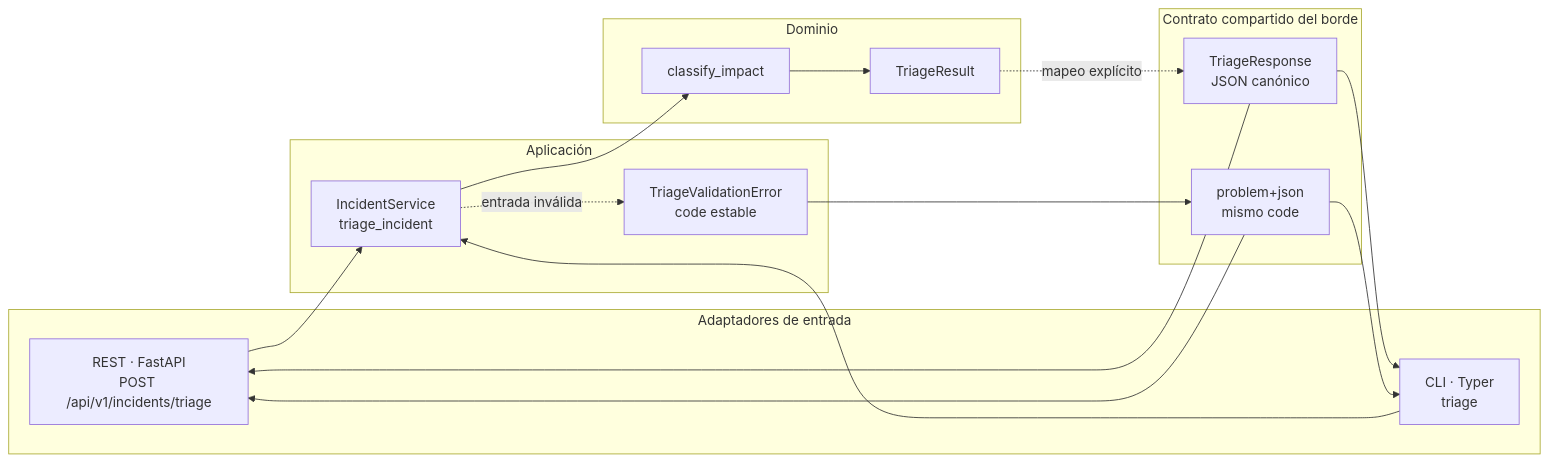
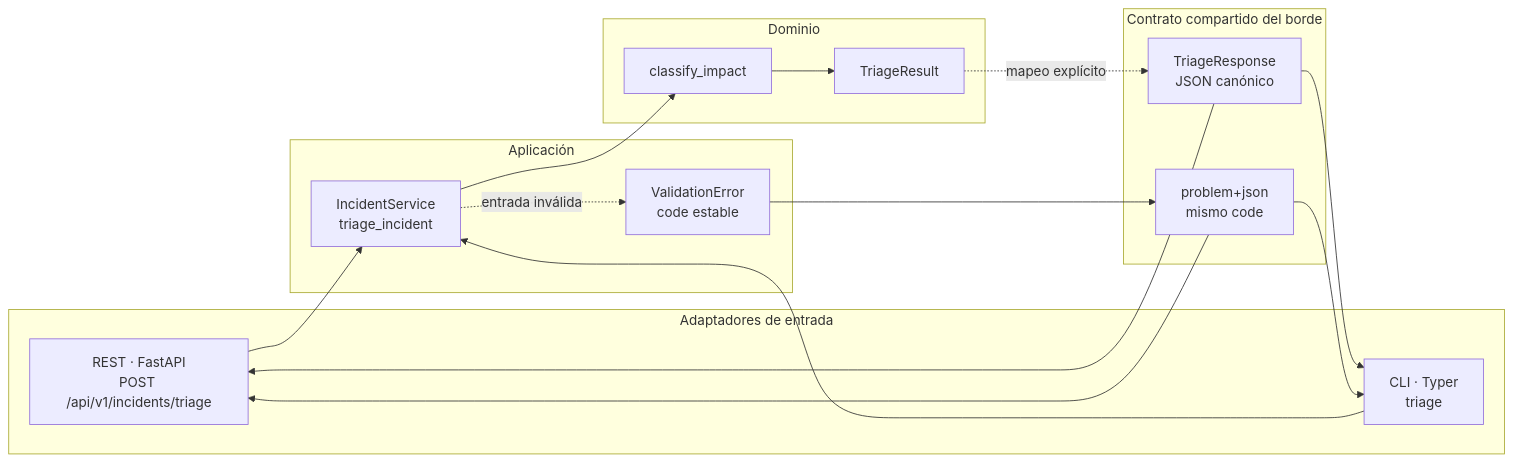
The diagram in docs/adr/004-contrato-interfaces-h001.md (DiegoPhd/ing-software-asistida-por-IA), drawn with Mermaid before and after one commit. The commit also changed 2 other files, not shown here.

Commit message:
docs: rutas nuevas en AGENTS, ADR-004 y spec

````diff
--- a/docs/adr/004-contrato-interfaces-h001.md
+++ b/docs/adr/004-contrato-interfaces-h001.md
@@ -94,34 +94,34 @@
 ```mermaid
 flowchart LR
     subgraph INBOUND["Adaptadores de entrada"]
         REST["REST · FastAPI<br/>POST /api/v1/incidents/triage"]
         CLI["CLI · Typer<br/>triage"]
     end
 
     subgraph APP["Aplicación"]
         SVC["IncidentService<br/>triage_incident"]
-        ERR["TriageValidationError<br/>code estable"]
+        ERR["ValidationError<br/>code estable"]
     end
 
     subgraph DOM["Dominio"]
         RULES["classify_impact"]
         RES["TriageResult"]
     end
 
     subgraph SHARED["Contrato compartido del borde"]
         DTO["TriageResponse<br/>JSON canónico"]
         PB["problem+json<br/>mismo code"]
     end
 
     REST --> SVC
     CLI --> SVC
     SVC --> RULES
     RULES --> RES
     SVC -.->|"entrada inválida"| ERR
     ERR --> PB
     RES -.->|"mapeo explícito"| DTO
     DTO --> REST
     DTO --> CLI
     PB --> REST
     PB --> CLI
 ```
````
